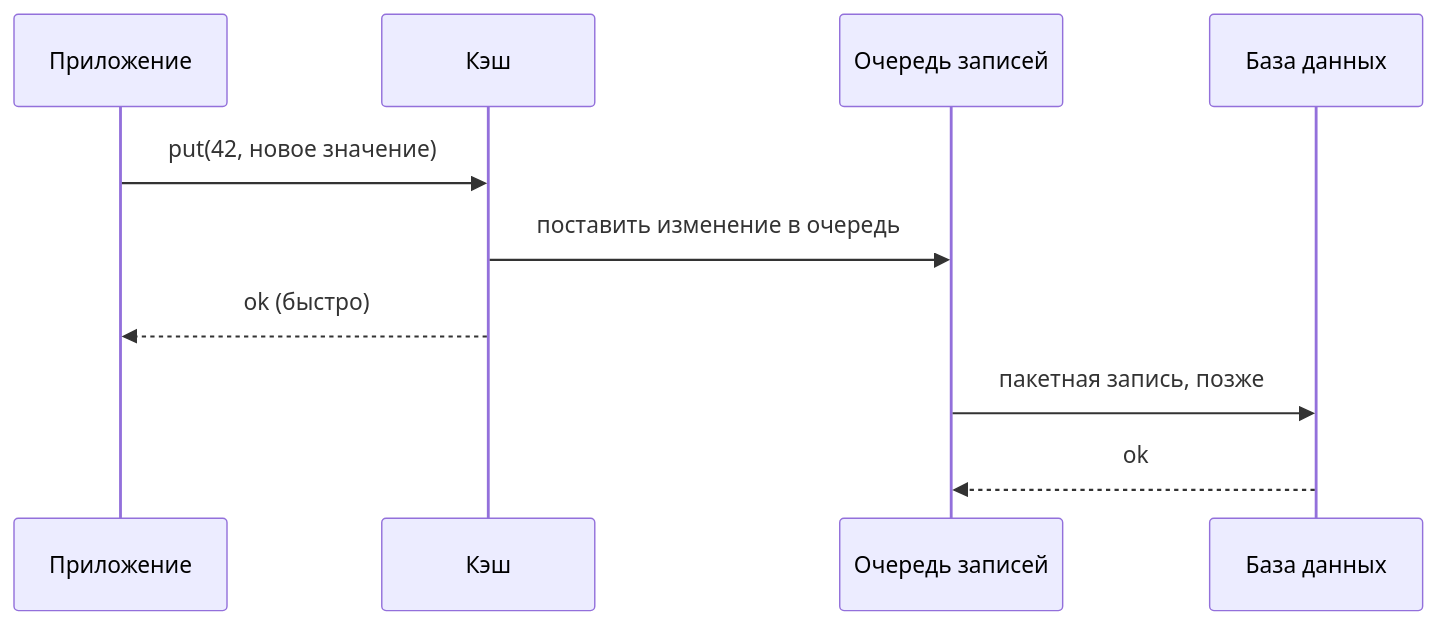
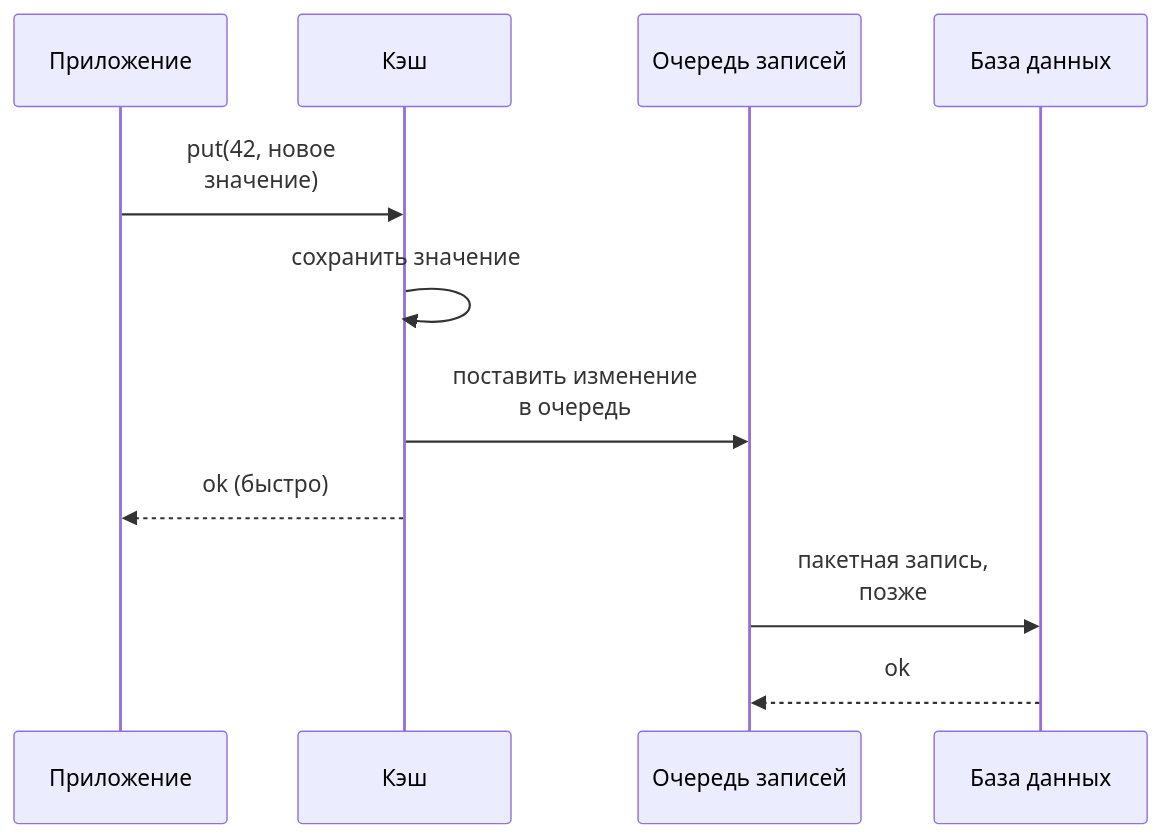
Before and after one commit to butyavk/system-design: the fourth of 7 diagrams in src/content/docs/ru/caching/cache-strategies.mdx, drawn with Mermaid. The commit also changed other lines of this file and 144 other files, not shown here.

````diff
--- a/src/content/docs/ru/caching/cache-strategies.mdx
+++ b/src/content/docs/ru/caching/cache-strategies.mdx
@@ -157,12 +157,13 @@
 ```mermaid
 sequenceDiagram
   participant A as Приложение
   participant C as Кэш
   participant Q as Очередь записей
   participant D as База данных
-  A->>C: put(42, новое значение)
-  C->>Q: поставить изменение в очередь
+  A->>C: put(42, новое<br/>значение)
+  C->>C: сохранить значение
+  C->>Q: поставить изменение<br/>в очередь
   C-->>A: ok (быстро)
-  Q->>D: пакетная запись, позже
+  Q->>D: пакетная запись,<br/>позже
   D-->>Q: ok
 ```
````
